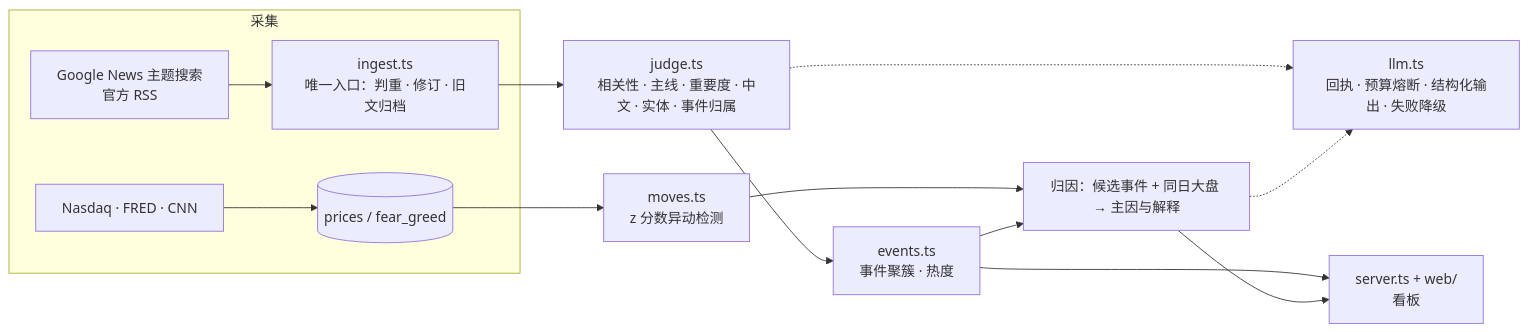
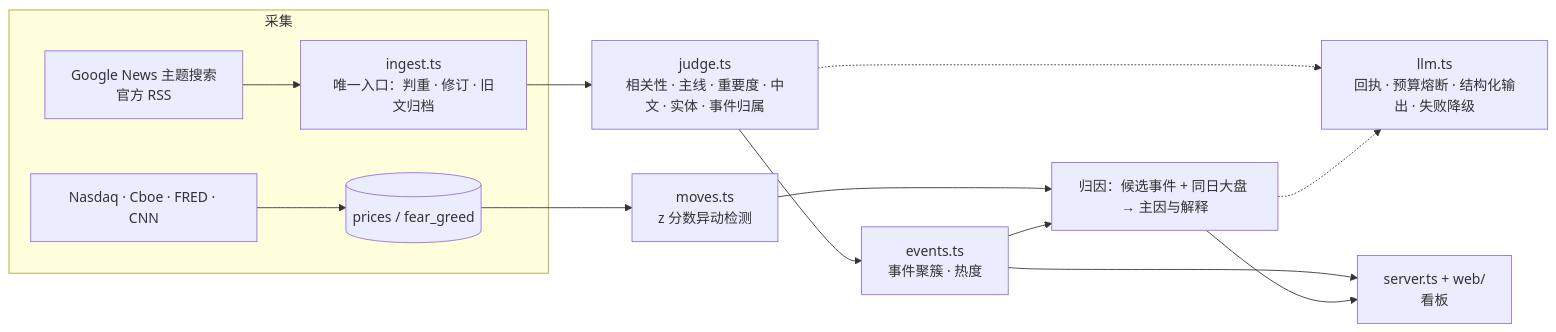
The diagram in README.md (Jalensuggs/move-radar), drawn with Mermaid before and after one commit. The commit also changed other lines of this file and 4 other files, not shown here.

First line of the commit message:
Use Cboe for S&P 500 and VIX; make FRED optional

````diff
--- a/README.md
+++ b/README.md
@@ -71,16 +71,16 @@
 ```mermaid
 flowchart LR
   subgraph 采集
     N["Google News 主题搜索<br/>官方 RSS"] --> I["ingest.ts<br/>唯一入口：判重 · 修订 · 旧文归档"]
-    M["Nasdaq · FRED · CNN"] --> P[(prices / fear_greed)]
+    M["Nasdaq · Cboe · FRED · CNN"] --> P[(prices / fear_greed)]
   end
   I --> J["judge.ts<br/>相关性 · 主线 · 重要度 · 中文 · 实体 · 事件归属"]
   J --> E["events.ts<br/>事件聚簇 · 热度"]
   P --> D["moves.ts<br/>z 分数异动检测"]
   D --> A["归因：候选事件 + 同日大盘 → 主因与解释"]
   E --> A
   J -.-> L["llm.ts<br/>回执 · 预算熔断 · 结构化输出 · 失败降级"]
   A -.-> L
   E --> W["server.ts + web/<br/>看板"]
   A --> W
 ```
````
